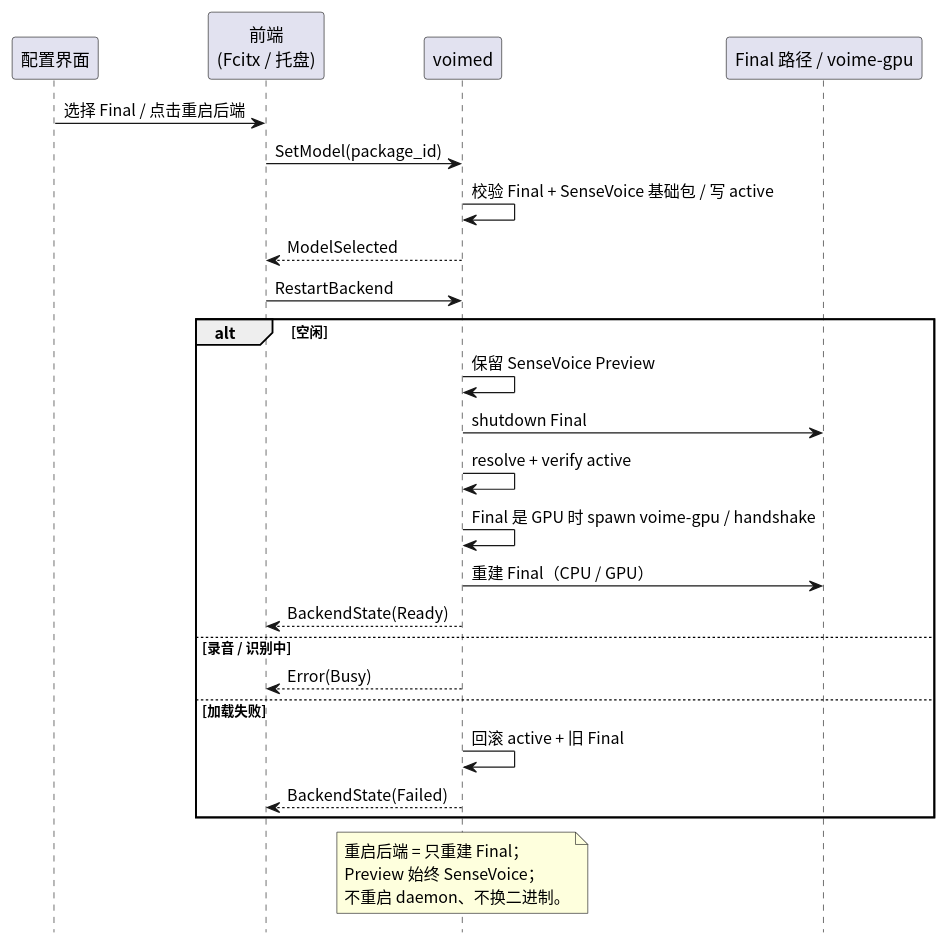
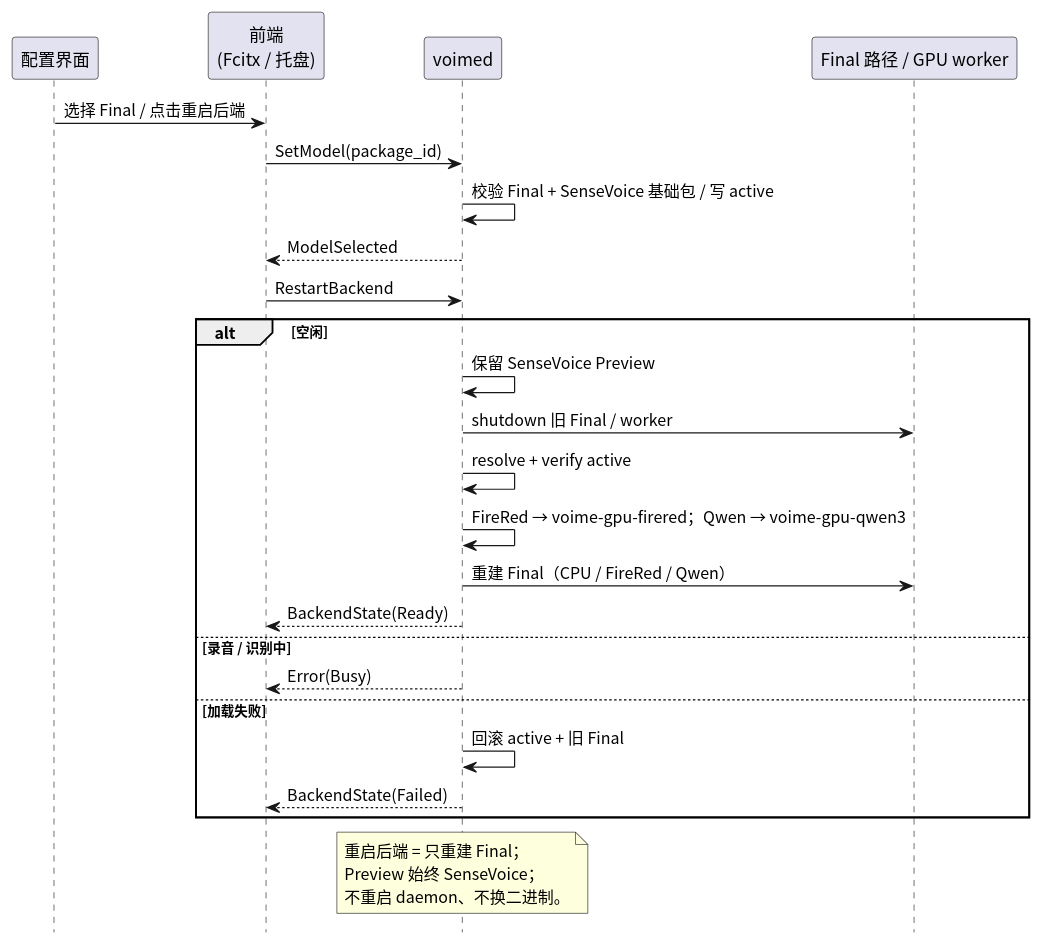
The diagram in crates/voimed/diagram/backend-restart.puml (54m43lJ/voime), drawn with PlantUML before and after one commit. The commit also changed 63 other files, not shown here.

```diff
--- a/crates/voimed/diagram/backend-restart.puml
+++ b/crates/voimed/diagram/backend-restart.puml
@@ -1,34 +1,34 @@
 @startuml
 skinparam defaultFontName "Noto Sans CJK SC"
 skinparam shadowing false
 hide footbox
 
 participant "配置界面" as UI
 participant "前端\n(Fcitx / 托盘)" as Frontend
 participant "voimed" as Daemon
-participant "Final 路径 / voime-gpu" as Pipeline
+participant "Final 路径 / GPU worker" as Pipeline
 
 UI -> Frontend : 选择 Final / 点击重启后端
 Frontend -> Daemon : SetModel(package_id)
 Daemon -> Daemon : 校验 Final + SenseVoice 基础包 / 写 active
 Daemon --> Frontend : ModelSelected
 Frontend -> Daemon : RestartBackend
 alt 空闲
   Daemon -> Daemon : 保留 SenseVoice Preview
-  Daemon -> Pipeline : shutdown Final
+  Daemon -> Pipeline : shutdown 旧 Final / worker
   Daemon -> Daemon : resolve + verify active
-  Daemon -> Daemon : Final 是 GPU 时 spawn voime-gpu / handshake
-  Daemon -> Pipeline : 重建 Final（CPU / GPU）
+  Daemon -> Daemon : FireRed → voime-gpu-firered；Qwen → voime-gpu-qwen3
+  Daemon -> Pipeline : 重建 Final（CPU / FireRed / Qwen）
   Daemon --> Frontend : BackendState(Ready)
 else 录音 / 识别中
   Daemon --> Frontend : Error(Busy)
 else 加载失败
   Daemon -> Daemon : 回滚 active + 旧 Final
   Daemon --> Frontend : BackendState(Failed)
 end
 note over Daemon
   重启后端 = 只重建 Final；
   Preview 始终 SenseVoice；
   不重启 daemon、不换二进制。
 end note
 @enduml
```
